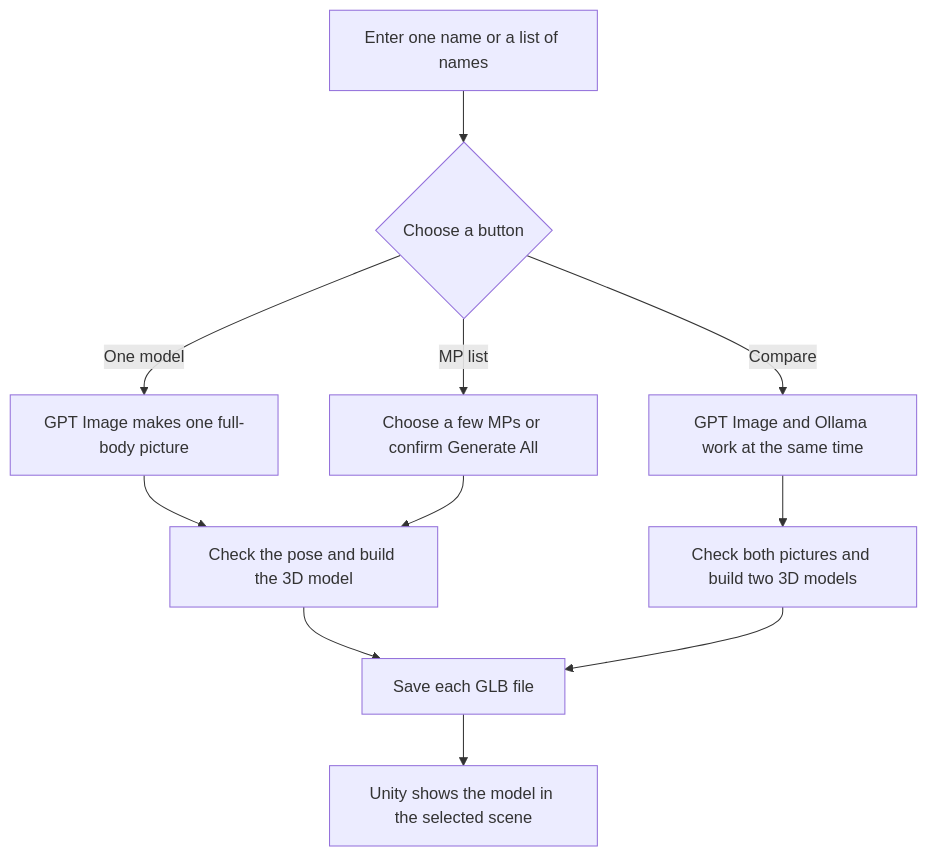
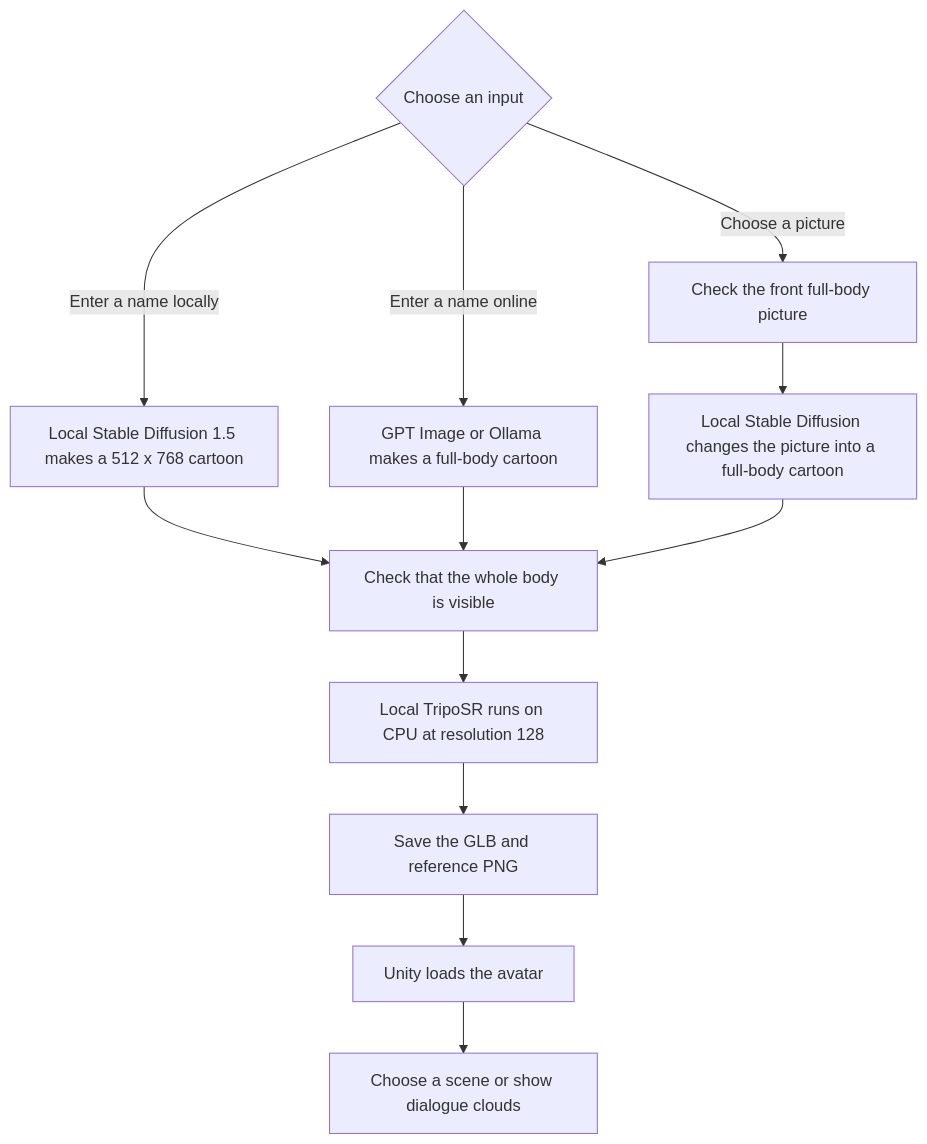
The diagram in Test/README.md (JiAXiAnGYaN/6-meta-avatar-llm), drawn with Mermaid before and after one commit. The commit also changed other lines of this file and 8 other files, not shown here.

````diff
--- a/Test/README.md
+++ b/Test/README.md
@@ -9,13 +14,15 @@
 ```mermaid
 flowchart TD
-    A["Enter one name or a list of names"] --> B{"Choose a button"}
-    B -->|One model| C["GPT Image makes one full-body picture"]
-    B -->|Compare| D["GPT Image and Ollama work at the same time"]
-    B -->|MP list| E["Choose a few MPs or confirm Generate All"]
-    C --> F["Check the pose and build the 3D model"]
-    D --> G["Check both pictures and build two 3D models"]
-    E --> F
-    F --> H["Save each GLB file"]
-    G --> H
-    H --> I["Unity shows the model in the selected scene"]
+    A{"Choose an input"}
+    A -->|Enter a name locally| B["Local Stable Diffusion 1.5 makes a 512 x 768 cartoon"]
+    A -->|Enter a name online| B2["GPT Image or Ollama makes a full-body cartoon"]
+    A -->|Choose a picture| C["Check the front full-body picture"]
+    C --> C2["Local Stable Diffusion changes the picture into a full-body cartoon"]
+    B --> D["Check that the whole body is visible"]
+    B2 --> D
+    C2 --> D
+    D --> E["Local TripoSR runs on CPU at resolution 128"]
+    E --> F["Save the GLB and reference PNG"]
+    F --> G["Unity loads the avatar"]
+    G --> H["Choose a scene or show dialogue clouds"]
 ```
````
